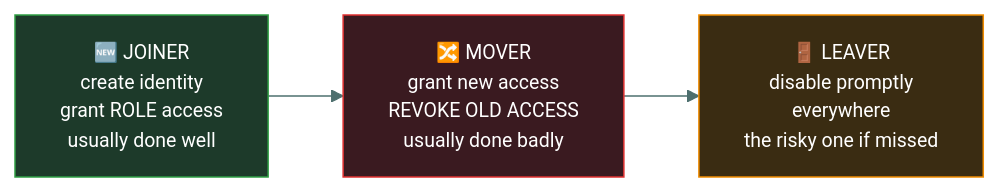
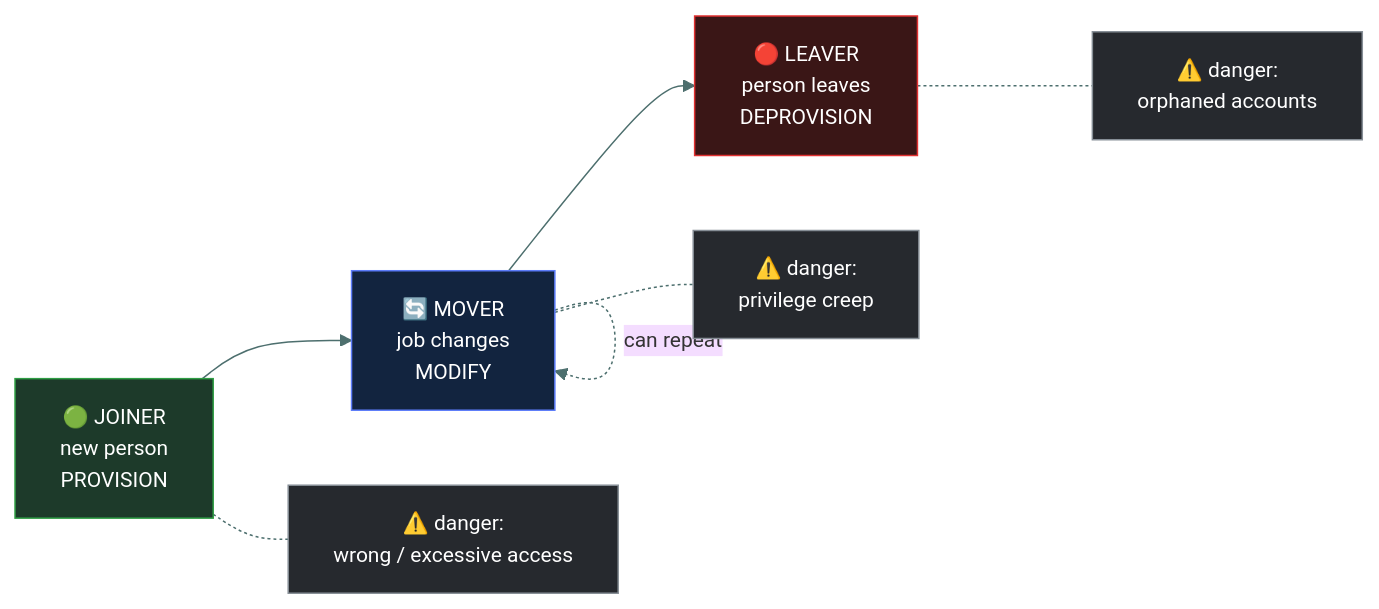
One commit to tarunTejaDesireddy/cc-exam-prep changed the first of 6 diagrams in 03-access-control/identity-lifecycle/README.md. Above: the diagram before and after it, drawn with Mermaid. The commit also changed other lines of this file, not shown here.

Commit message:
Replace identity lifecycle with caveman-style version, diagrams and questions

````diff
--- a/03-access-control/identity-lifecycle/README.md
+++ b/03-access-control/identity-lifecycle/README.md
@@ -68,10 +27,16 @@
 ```mermaid
-%%{init: {'theme':'base','themeVariables':{'fontSize':'13px','lineColor':'#4d6f6e','textColor':'#dbe7e6'}}}%%
+%%{init: {'theme':'base','themeVariables':{'fontSize':'14px','lineColor':'#4d6f6e','textColor':'#dbe7e6'}}}%%
 flowchart LR
-    J["🆕 JOINER<br/>create identity<br/>grant ROLE access<br/>usually done well"] --> M["🔀 MOVER<br/>grant new access<br/>REVOKE OLD ACCESS<br/>usually done badly"]
-    M --> L["🚪 LEAVER<br/>disable promptly<br/>everywhere<br/>the risky one if missed"]
+    J["🟢 JOINER<br/>new person<br/>PROVISION"] --> M["🔄 MOVER<br/>job changes<br/>MODIFY"] --> L["🔴 LEAVER<br/>person leaves<br/>DEPROVISION"]
+    M -.->|"can repeat"| M
+    J -.- JD["⚠️ danger:<br/>wrong / excessive access"]
+    M -.- MD["⚠️ danger:<br/>privilege creep"]
+    L -.- LD["⚠️ danger:<br/>orphaned accounts"]
 
     style J fill:#1d3a2a,stroke:#2F9E44,color:#fff
-    style M fill:#3a1a20,stroke:#E03131,color:#fff
-    style L fill:#3a2c12,stroke:#F08C00,color:#fff
+    style M fill:#12243f,stroke:#5C7CFA,color:#fff
+    style L fill:#3a1616,stroke:#E03131,color:#fff
+    style JD fill:#26292e,stroke:#868E96,color:#fff
+    style MD fill:#26292e,stroke:#868E96,color:#fff
+    style LD fill:#26292e,stroke:#868E96,color:#fff
 ```
````
